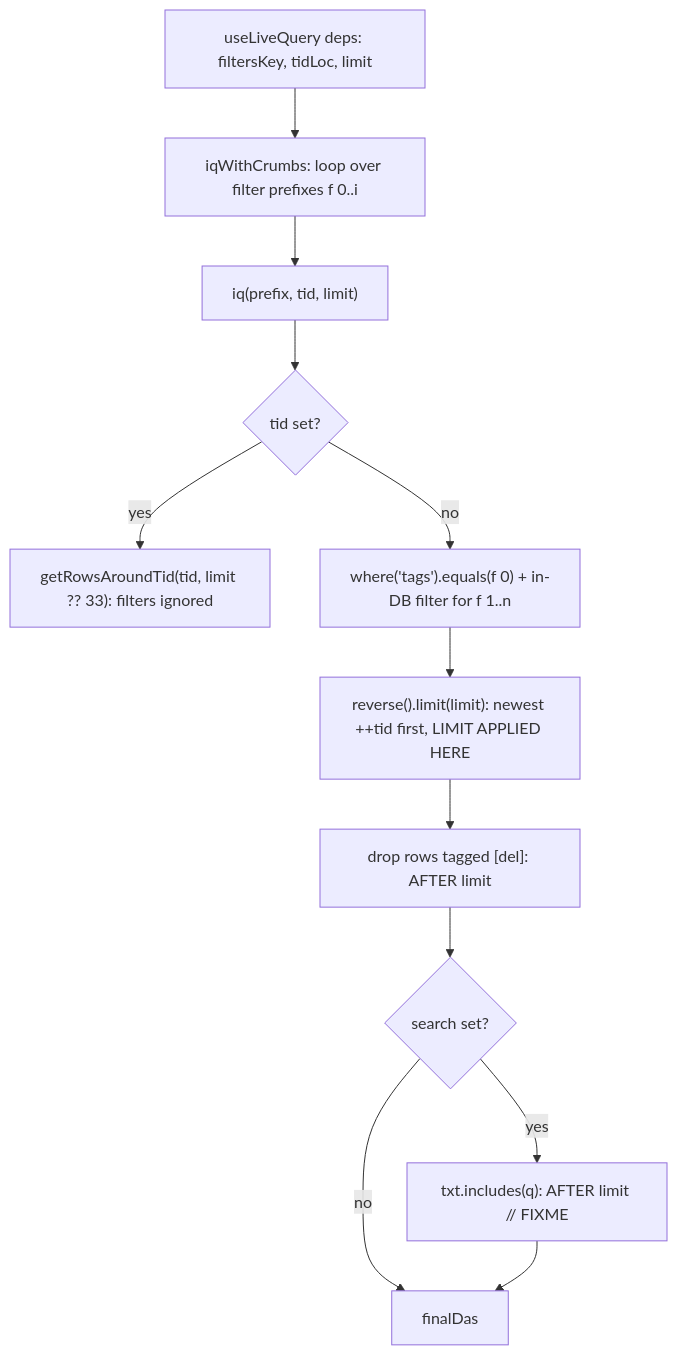
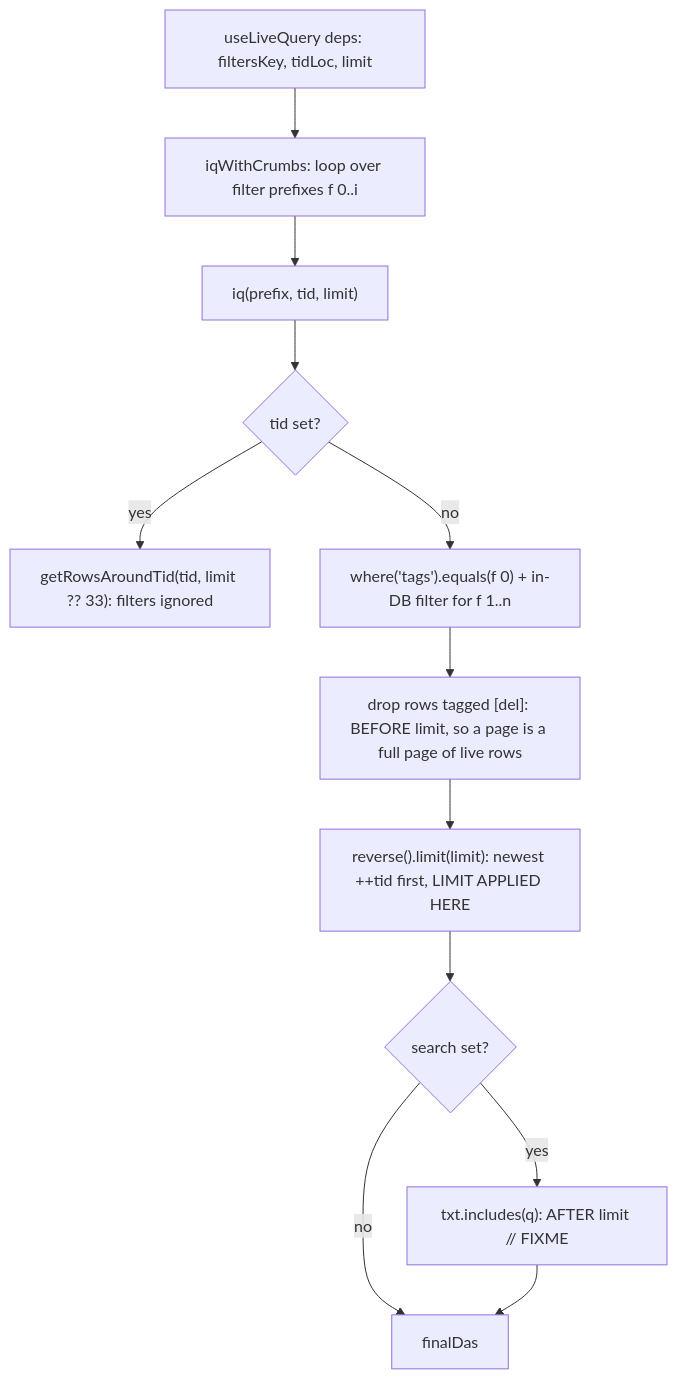
Before and after one commit to wasoko/xbb: the diagram in docs/filter_search.md, drawn with Mermaid. The commit also changed other lines of this file and 20 other files, not shown here.

````diff
--- a/docs/filter_search.md
+++ b/docs/filter_search.md
@@ -7,14 +7,14 @@
 ```mermaid
 flowchart TD
   D["useLiveQuery deps: filtersKey, tidLoc, limit"] --> W["iqWithCrumbs: loop over filter prefixes f 0..i"]
   W --> Q["iq(prefix, tid, limit)"]
   Q --> T{"tid set?"}
   T -->|yes| A["getRowsAroundTid(tid, limit ?? 33): filters ignored"]
   T -->|no| I["where('tags').equals(f 0) + in-DB filter for f 1..n"]
-  I --> L["reverse().limit(limit): newest ++tid first, LIMIT APPLIED HERE"]
-  L --> X["drop rows tagged [del]: AFTER limit"]
-  X --> S{"search set?"}
+  I --> X["drop rows tagged [del]: BEFORE limit, so a page is a full page of live rows"]
+  X --> L["reverse().limit(limit): newest ++tid first, LIMIT APPLIED HERE"]
+  L --> S{"search set?"}
   S -->|yes| F["txt.includes(q): AFTER limit // FIXME"]
   S -->|no| R["finalDas"]
   F --> R
 ```
````
